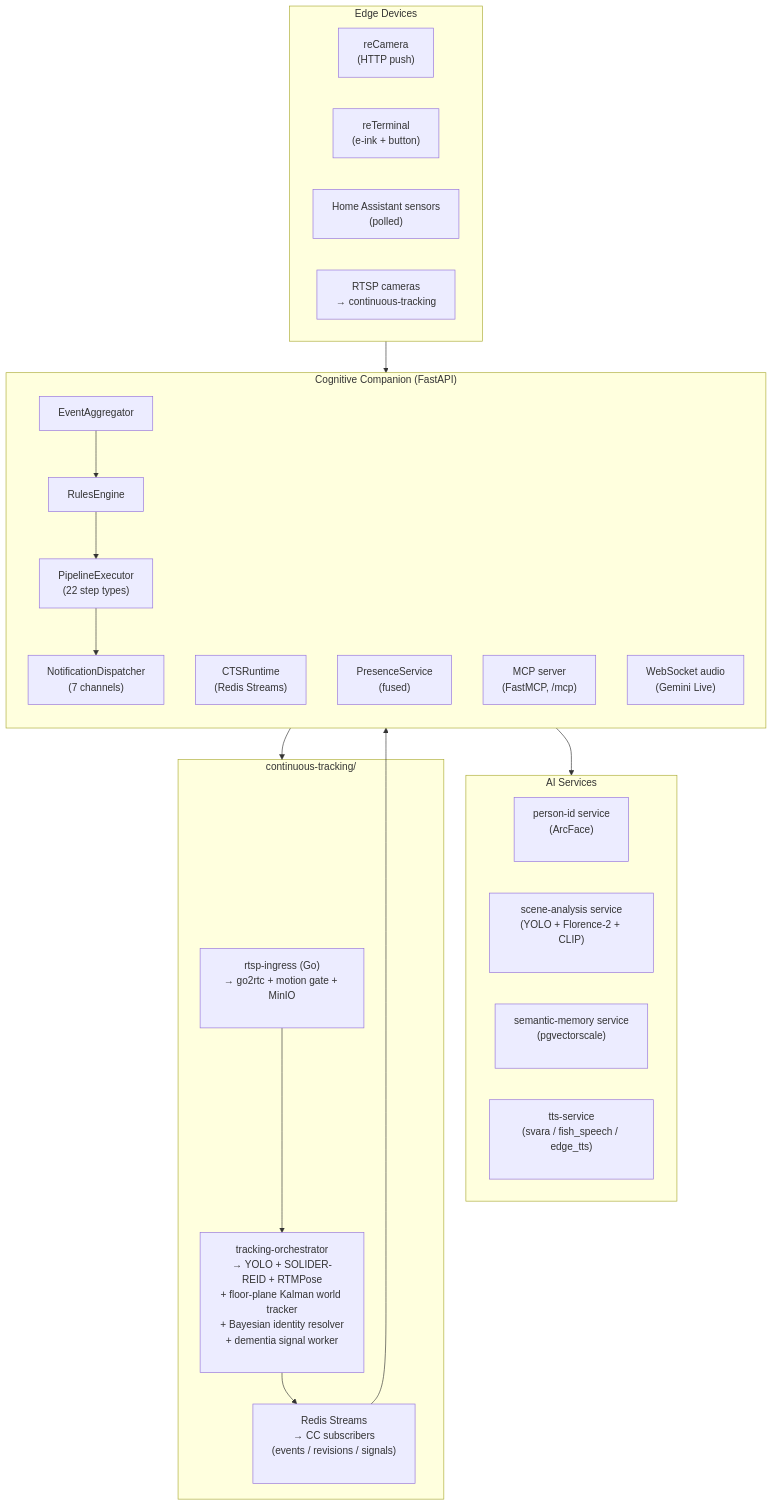
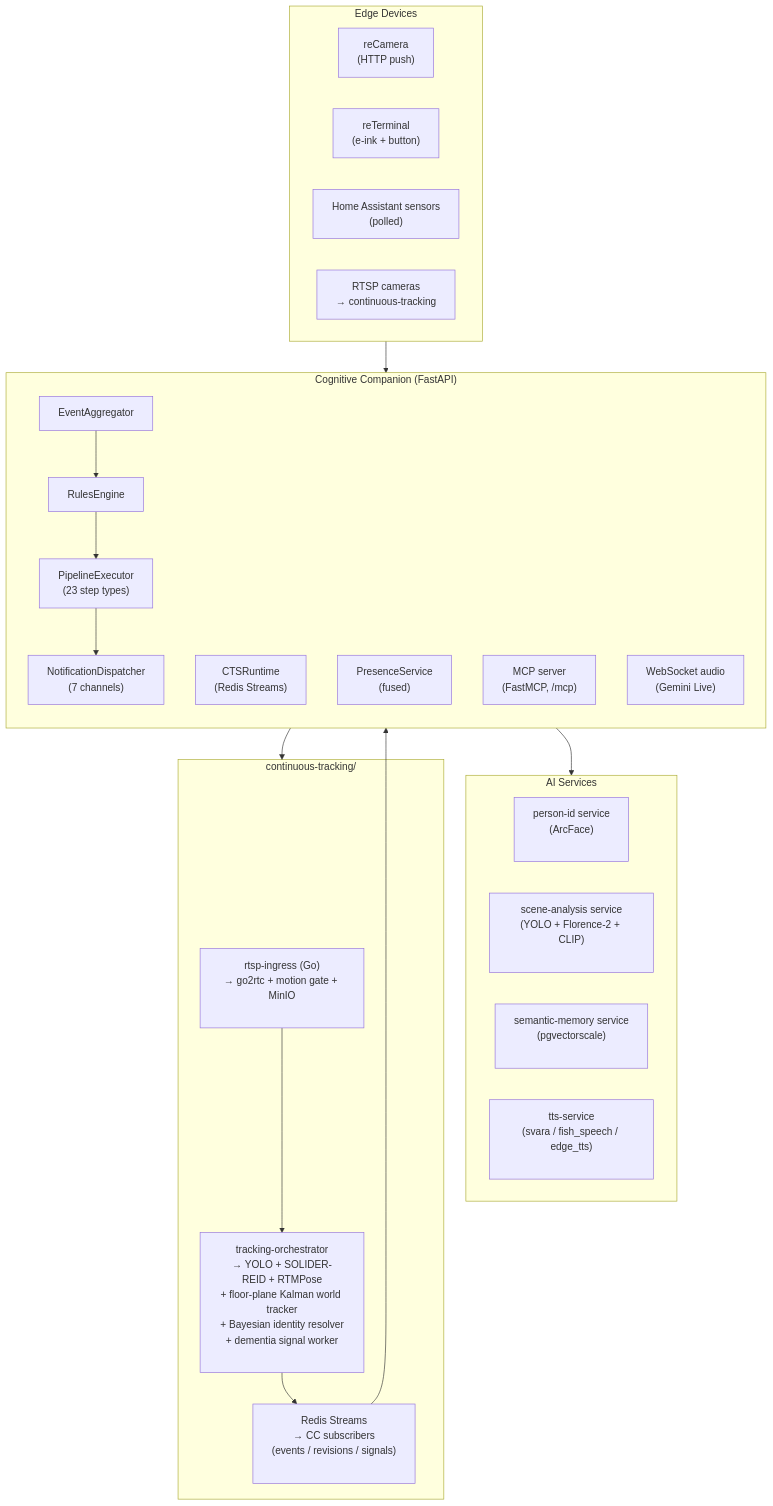
Before and after one commit to SilverMind-Project/SilverMind-Project.github.io: the diagram in docs/guide/introduction.md, drawn with Mermaid. The commit also changed other lines of this file and 13 other files, not shown here.

````diff
--- a/docs/guide/introduction.md
+++ b/docs/guide/introduction.md
@@ -26,41 +26,41 @@
 ```mermaid
 flowchart TB
     subgraph Edge["Edge Devices"]
         reCamera["reCamera<br/>(HTTP push)"]
         reTerminal["reTerminal<br/>(e-ink + button)"]
         HA["Home Assistant sensors<br/>(polled)"]
         RTSP["RTSP cameras<br/>→ continuous-tracking"]
     end
 
     subgraph CC["Cognitive Companion (FastAPI)"]
         direction TB
         Aggregator["EventAggregator"]
         RulesEngine["RulesEngine"]
-        Executor["PipelineExecutor<br/>(22 step types)"]
+        Executor["PipelineExecutor<br/>(23 step types)"]
         Dispatcher["NotificationDispatcher<br/>(7 channels)"]
         CTS["CTSRuntime<br/>(Redis Streams)"]
         Presence["PresenceService<br/>(fused)"]
         MCP["MCP server<br/>(FastMCP, /mcp)"]
         WS["WebSocket audio<br/>(Gemini Live)"]
         Aggregator --> RulesEngine --> Executor --> Dispatcher
     end
 
     subgraph Services["AI Services"]
         PersonID["person-id service<br/>(ArcFace)<br/>&nbsp;"]
         SceneAnalysis["scene-analysis service<br/>(YOLO + Florence-2 + CLIP)<br/>&nbsp;"]
         SemanticMemory["semantic-memory service<br/>(pgvectorscale)<br/>&nbsp;"]
         TTS["tts-service<br/>(svara / fish_speech / edge_tts)<br/>&nbsp;"]
     end
 
     subgraph CTS_["continuous-tracking/"]
         Ingress["rtsp-ingress (Go)<br/>→ go2rtc + motion gate + MinIO<br/>&nbsp;"]
         Orchestrator["tracking-orchestrator<br/>→ YOLO + SOLIDER-REID + RTMPose<br/>+ floor-plane Kalman world tracker<br/>+ Bayesian identity resolver<br/>+ dementia signal worker<br/>&nbsp;"]
         Redis["Redis Streams<br/>→ CC subscribers<br/>(events / revisions / signals)<br/>&nbsp;"]
         Ingress --> Orchestrator --> Redis
     end
 
     Edge --> CC
     CC --> Services
     CC --> CTS_
     Redis --> CC
 ```
````
